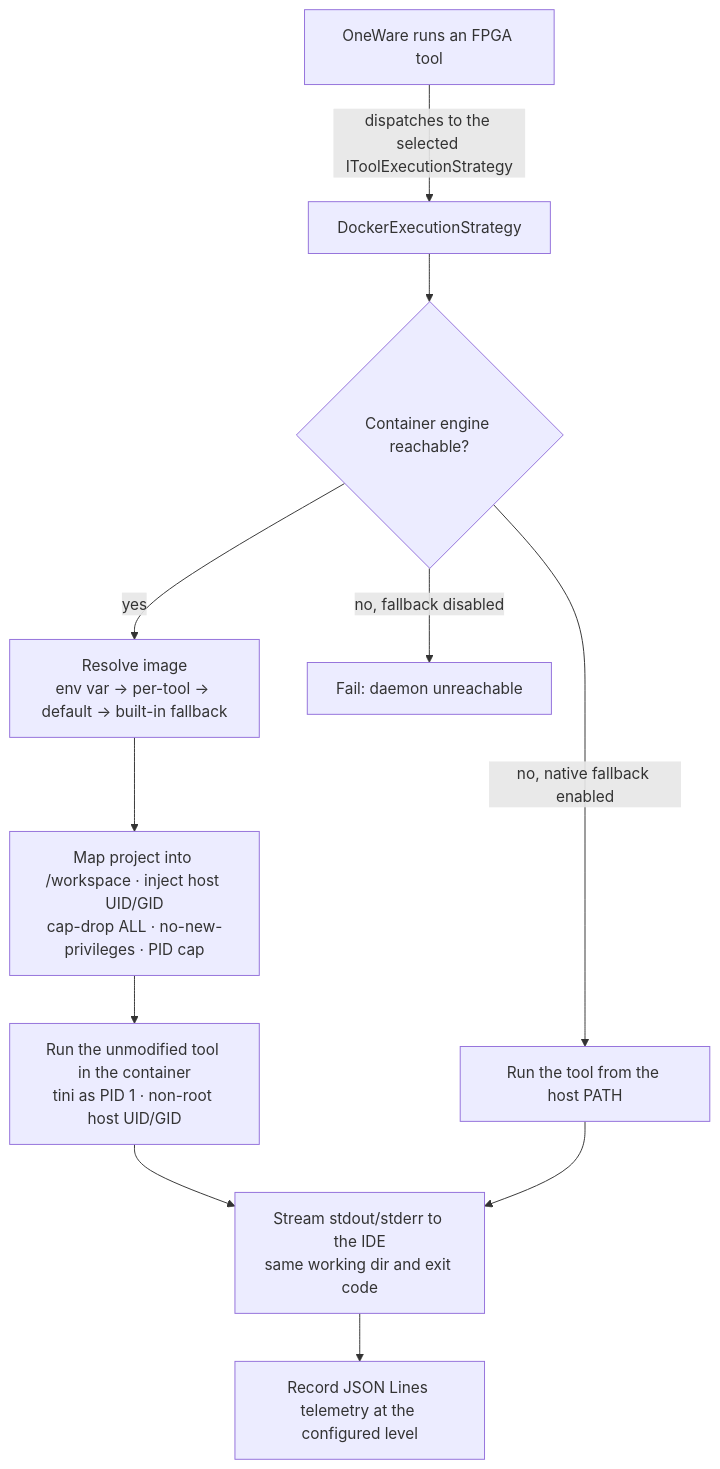
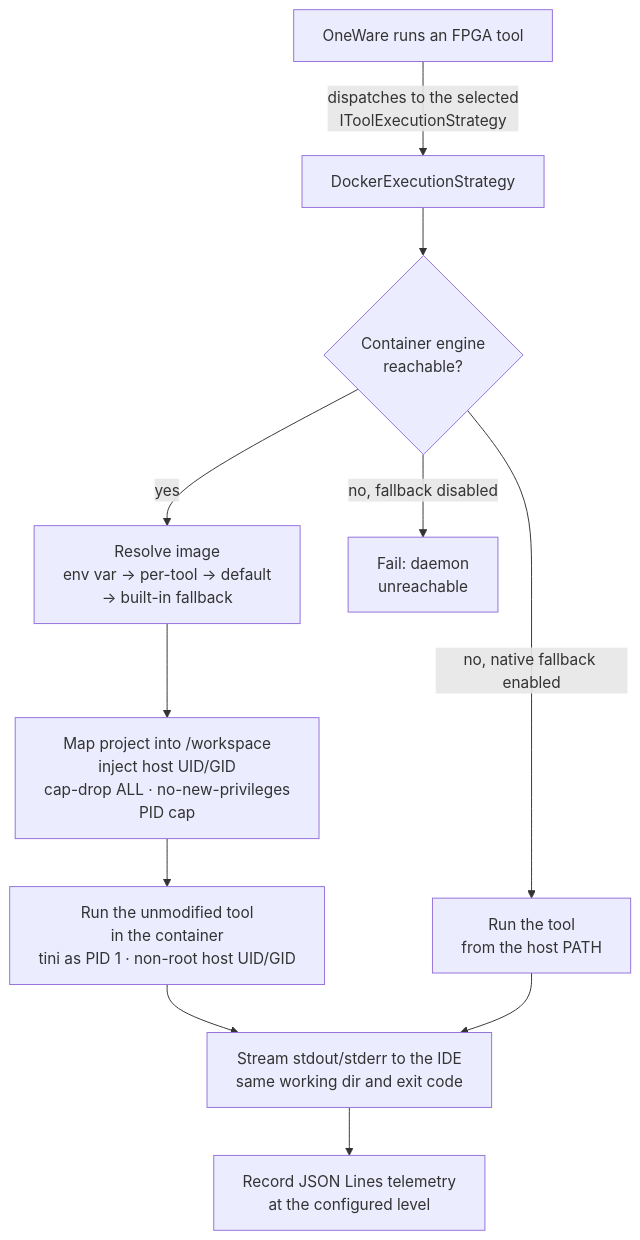
One commit to FEntwumS/FEntwumS.ContainerExtension changed the diagram in README.md. Above: the diagram before and after it, drawn with Mermaid.

Commit message:
docs: keep the labels of the execution model diagram whole at every zoom
GitHub draws the README diagram with Mermaid 12.1.0, which wraps a node label at 120 px. In WebKit, the engine of Safari, at a page zoom such as 85% or 115%, a label that needs this wrap is measured too narrow and loses its end, so "OneWare runs an FPGA tool" reads "OneWare runs an". The labels now break their own lines and the diagram raises the wrapping width to 400 px, so Mermaid wraps none of them. The wording is unchanged.

````diff
--- a/README.md
+++ b/README.md
@@ -53,13 +53,18 @@
 ```mermaid
+---
+config:
+  flowchart:
+    wrappingWidth: 400
+---
 flowchart TD
-    A[OneWare runs an FPGA tool] -->|dispatches to the selected IToolExecutionStrategy| B[DockerExecutionStrategy]
-    B --> C{Container engine reachable?}
-    C -->|yes| D[Resolve image<br/>env var → per-tool → default → built-in fallback]
-    D --> E[Map project into /workspace · inject host UID/GID<br/>cap-drop ALL · no-new-privileges · PID cap]
-    E --> F[Run the unmodified tool in the container<br/>tini as PID 1 · non-root host UID/GID]
-    C -->|no, native fallback enabled| G[Run the tool from the host PATH]
-    C -->|no, fallback disabled| H[Fail: daemon unreachable]
+    A[OneWare runs an FPGA tool] -->|dispatches to the selected<br/>IToolExecutionStrategy| B[DockerExecutionStrategy]
+    B --> C{Container engine<br/>reachable?}
+    C -->|yes| D[Resolve image<br/>env var → per-tool → default<br/>→ built-in fallback]
+    D --> E[Map project into /workspace<br/>inject host UID/GID<br/>cap-drop ALL · no-new-privileges<br/>PID cap]
+    E --> F[Run the unmodified tool<br/>in the container<br/>tini as PID 1 · non-root host UID/GID]
+    C -->|no, native fallback enabled| G[Run the tool<br/>from the host PATH]
+    C -->|no, fallback disabled| H[Fail: daemon<br/>unreachable]
     F --> I[Stream stdout/stderr to the IDE<br/>same working dir and exit code]
     G --> I
-    I --> J[Record JSON Lines telemetry at the configured level]
+    I --> J[Record JSON Lines telemetry<br/>at the configured level]
 ```
````
